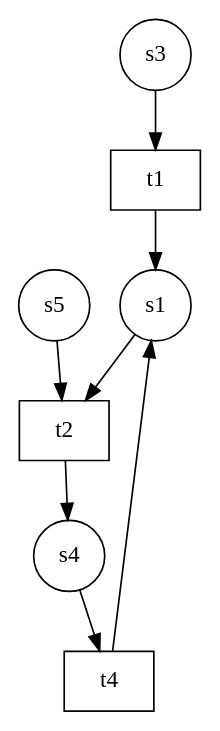
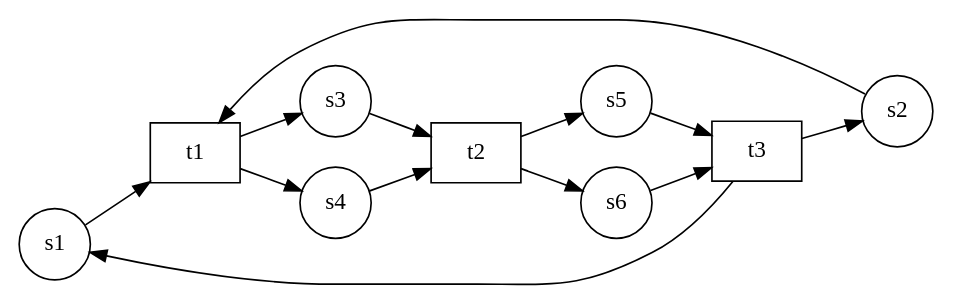
One commit to dnannen/reduction-of-petri-nets changed the diagram in Reduktionsalgorithmen/petri-netz.gv. Above: the diagram before and after it, drawn with Graphviz. The commit also changed 6 other files, not shown here.

```diff
--- a/Reduktionsalgorithmen/petri-netz.gv
+++ b/Reduktionsalgorithmen/petri-netz.gv
@@ -1,17 +1,25 @@
 digraph petrinet{
 node[shape=circle];
+rankdir=LR;
 "s1";
+"s2";
 "s3";
 "s4";
 "s5";
+"s6";
 "t1" [shape=box];
 "t2" [shape=box];
-"t4" [shape=box];
-"s1"->"t2"
-"s3"->"t1"
-"s4"->"t4"
-"s5"->"t2"
-"t1"->"s1"
-"t2"->"s4"
-"t4"->"s1"
+"t3" [shape=box];
+"s1"->"t1"
+"s2"->"t1"
+"s3"->"t2"
+"s4"->"t2"
+"s5"->"t3"
+"s6"->"t3"
+"t1"->"s3"
+"t1"->"s4"
+"t2"->"s5"
+"t2"->"s6"
+"t3"->"s1"
+"t3"->"s2"
 }
```
